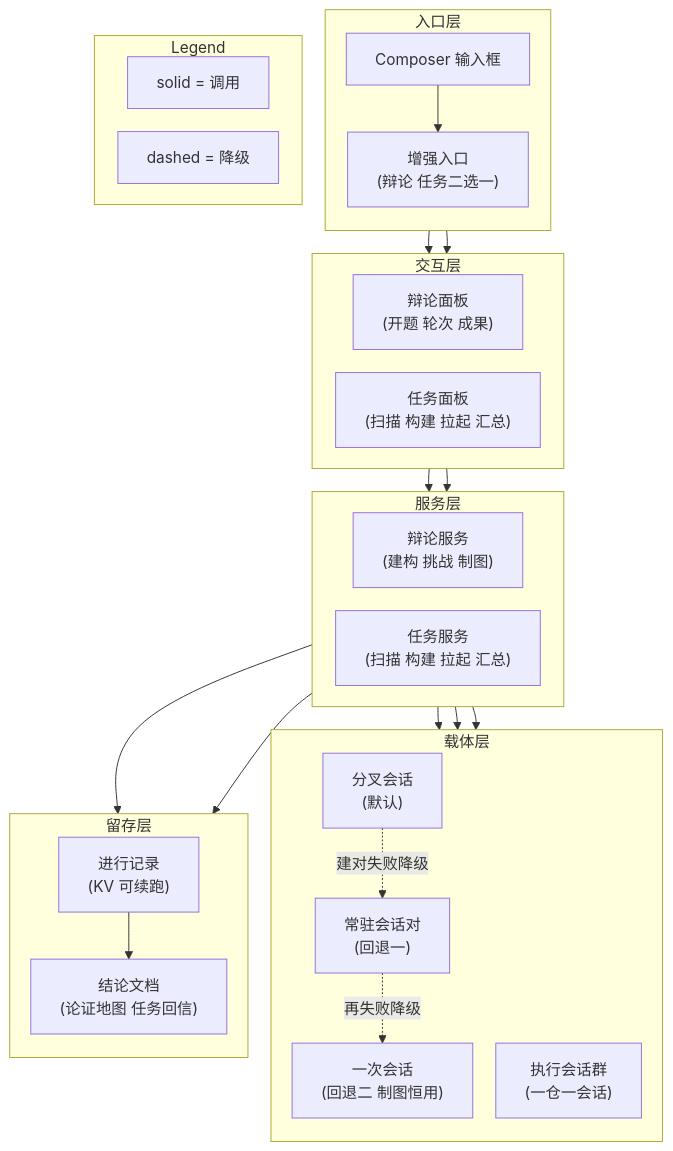
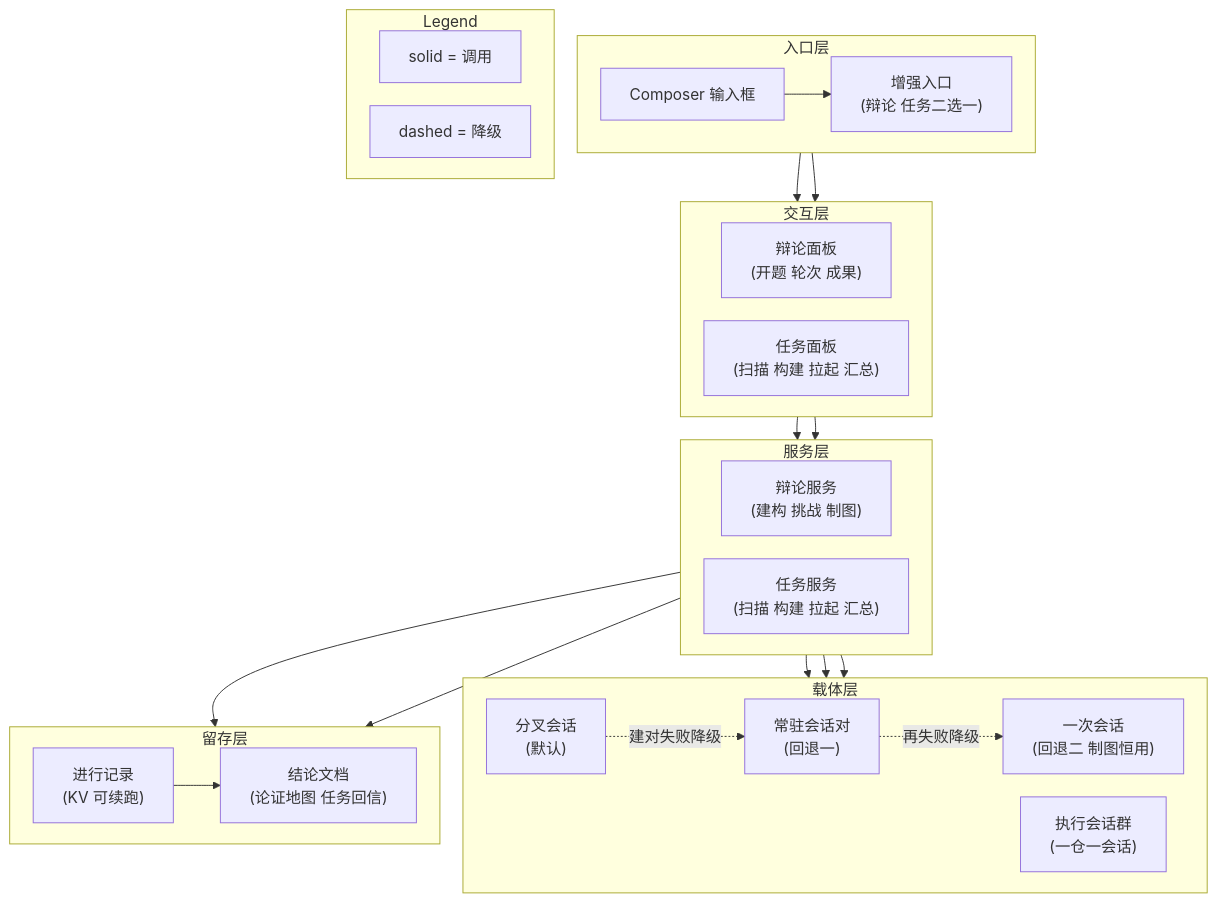
One commit to doubleelec/dsh-debate changed the second of 4 diagrams in docs/architecture.md. Above: the diagram before and after it, drawn with Mermaid.

Commit message:
docs(arch): lay 4.2 peer nodes out left-to-right per md-diagram

````diff
--- a/docs/architecture.md
+++ b/docs/architecture.md
@@ -86,51 +86,51 @@
 ```mermaid
 %%{init: {"flowchart": {"rankSpacing": 24, "nodeSpacing": 24}}}%%
 flowchart TD
     subgraph Entry["入口层"]
-        direction TB
+        direction LR
         composer["Composer 输入框"]
         menu["增强入口<br/>(辩论 任务二选一)"]
         composer --> menu
     end
     subgraph Face["交互层"]
         direction LR
         debateUI["辩论面板<br/>(开题 轮次 成果)"]
         taskUI["任务面板<br/>(扫描 构建 拉起 汇总)"]
     end
     subgraph Service["服务层"]
         direction LR
         debateSvc["辩论服务<br/>(建构 挑战 制图)"]
         taskSvc["任务服务<br/>(扫描 构建 拉起 汇总)"]
     end
     subgraph Carry["载体层"]
-        direction TB
+        direction LR
         fork["分叉会话<br/>(默认)"]
         resident["常驻会话对<br/>(回退一)"]
         oneshot["一次会话<br/>(回退二 制图恒用)"]
         taskGroup["执行会话群<br/>(一仓一会话)"]
     end
     subgraph Keep["留存层"]
-        direction TB
+        direction LR
         kv["进行记录<br/>(KV 可续跑)"]
         docs["结论文档<br/>(论证地图 任务回信)"]
         kv --> docs
     end
 
     menu --> debateUI
     menu --> taskUI
     debateUI --> debateSvc
     taskUI --> taskSvc
     debateSvc --> fork
     fork -.->|建对失败降级| resident
     resident -.->|再失败降级| oneshot
     debateSvc --> oneshot
     taskSvc --> taskGroup
     debateSvc --> kv
     taskSvc --> kv
 
     subgraph Legend["Legend"]
         direction LR
         L1["solid = 调用"]
         L2["dashed = 降级"]
     end
 ```
````
